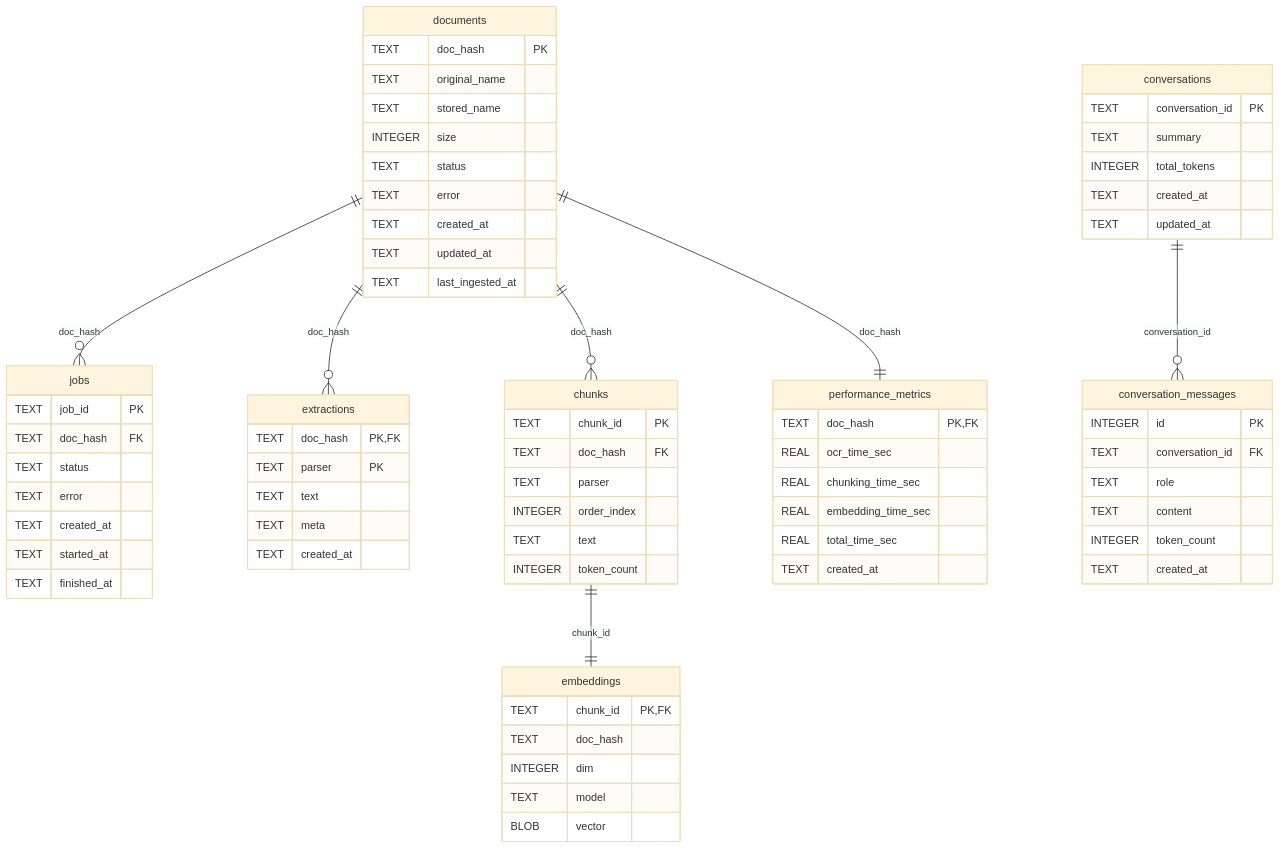
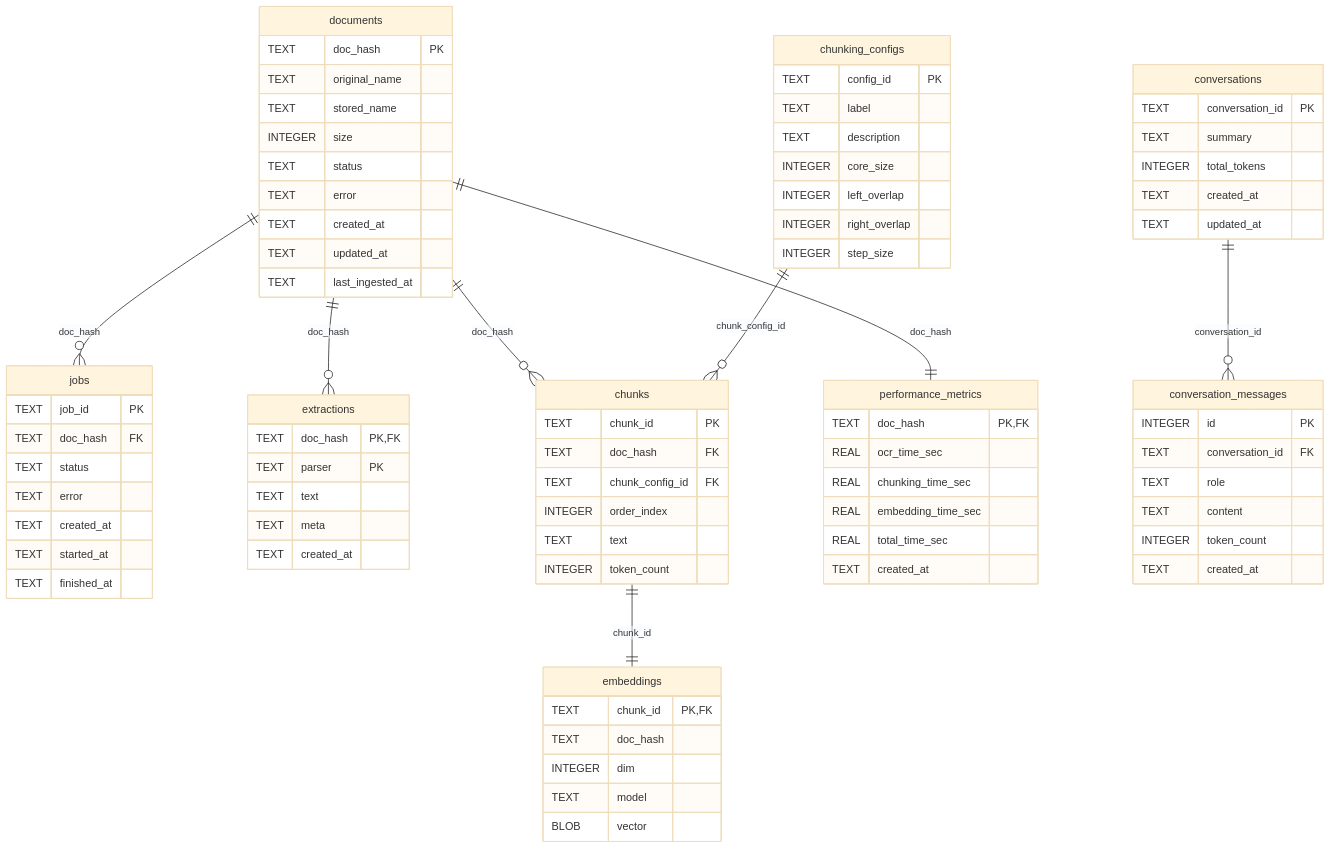
Before and after one commit to nobody-qwert/zzz_rag_xxx: the diagram in docs/architecture/database_tables.md, drawn with Mermaid (base theme). The commit also changed other lines of this file and 8 other files, not shown here.

Commit message:
refactored database to have separate chunk and parser

```diff
--- a/docs/architecture/database_tables.md
+++ b/docs/architecture/database_tables.md
@@ -36,10 +36,19 @@
     chunks {
         TEXT chunk_id PK
         TEXT doc_hash FK
-        TEXT parser
+        TEXT chunk_config_id FK
         INTEGER order_index
         TEXT text
         INTEGER token_count
+    }
+    chunking_configs {
+        TEXT config_id PK
+        TEXT label
+        TEXT description
+        INTEGER core_size
+        INTEGER left_overlap
+        INTEGER right_overlap
+        INTEGER step_size
     }
     embeddings {
         TEXT chunk_id PK,FK
@@ -75,6 +84,7 @@
     documents ||--o{ jobs : "doc_hash"
     documents ||--o{ extractions : "doc_hash"
     documents ||--o{ chunks : "doc_hash"
+    chunking_configs ||--o{ chunks : "chunk_config_id"
     documents ||--|| performance_metrics : "doc_hash"
     chunks ||--|| embeddings : "chunk_id"
     conversations ||--o{ conversation_messages : "conversation_id"
```
